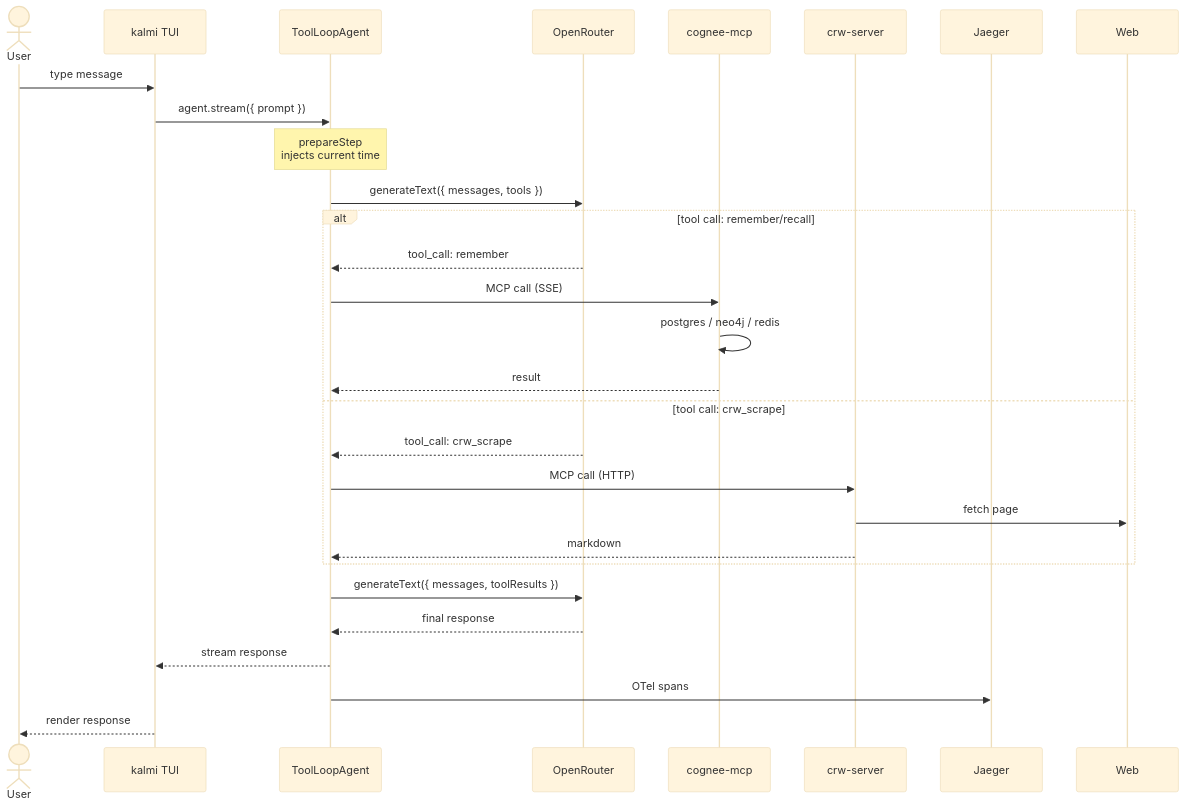
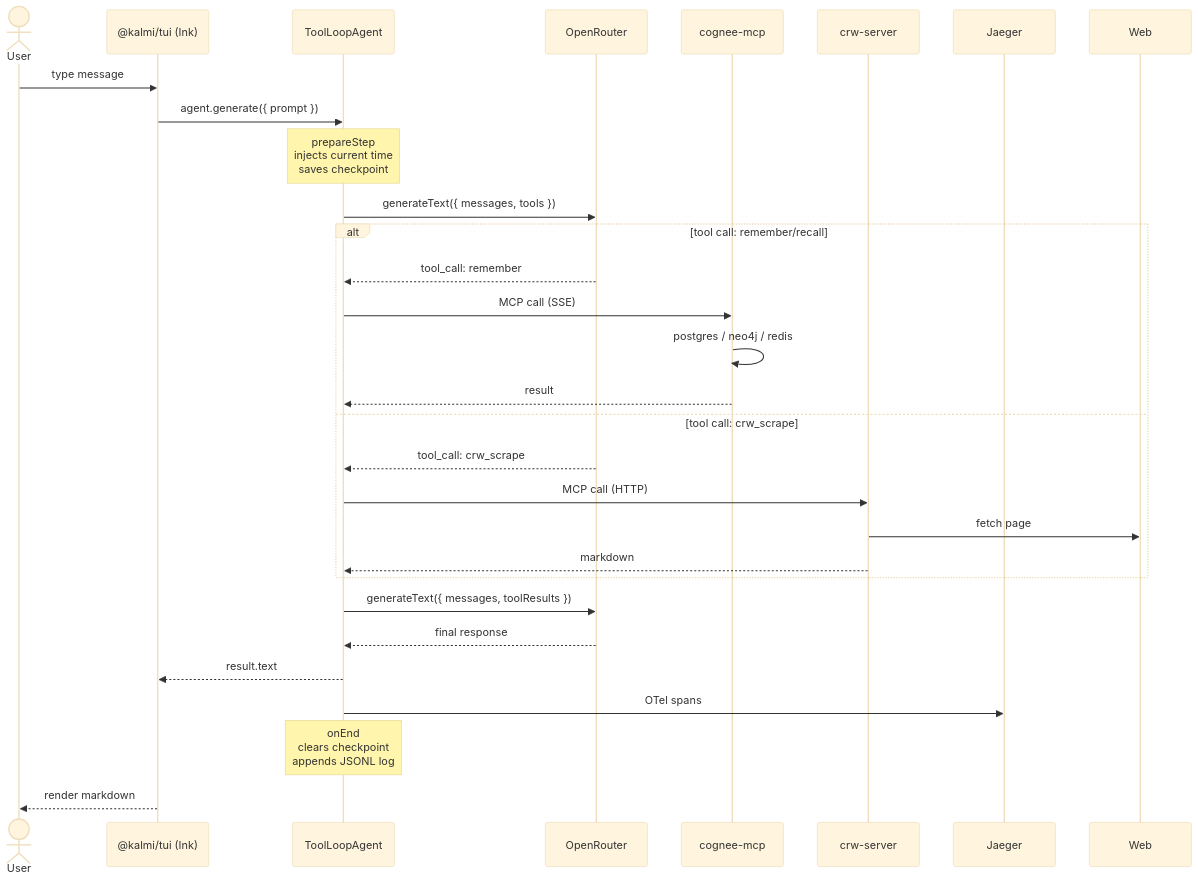
Before and after one commit to eryzerz/kalmi-agent: the second of 2 diagrams in README.md, drawn with Mermaid (base theme). The commit also changed other lines of this file and 32 other files, not shown here.

Commit message:
enhance: changed tui to ink and arch to monorepo

````diff
--- a/README.md
+++ b/README.md
@@ -39,33 +41,34 @@
 ```mermaid
 sequenceDiagram
     actor User
-    participant TUI as kalmi TUI
+    participant TUI as @kalmi/tui (Ink)
     participant Agent as ToolLoopAgent
     participant LLM as OpenRouter
     participant Cognee as cognee-mcp
     participant CRW as crw-server
     participant Jaeger as Jaeger
 
     User->>TUI: type message
-    TUI->>Agent: agent.stream({ prompt })
-    Note over Agent: prepareStep<br/>injects current time
+    TUI->>Agent: agent.generate({ prompt })
+    Note over Agent: prepareStep<br/>injects current time<br/>saves checkpoint
     Agent->>LLM: generateText({ messages, tools })
 
     alt tool call: remember/recall
         LLM-->>Agent: tool_call: remember
         Agent->>Cognee: MCP call (SSE)
         Cognee->>Cognee: postgres / neo4j / redis
         Cognee-->>Agent: result
     else tool call: crw_scrape
         LLM-->>Agent: tool_call: crw_scrape
         Agent->>CRW: MCP call (HTTP)
         CRW->>Web: fetch page
         CRW-->>Agent: markdown
     end
 
     Agent->>LLM: generateText({ messages, toolResults })
     LLM-->>Agent: final response
-    Agent-->>TUI: stream response
+    Agent-->>TUI: result.text
     Agent->>Jaeger: OTel spans
-    TUI-->>User: render response
+    Note over Agent: onEnd<br/>clears checkpoint<br/>appends JSONL log
+    TUI-->>User: render markdown
 ```
````
